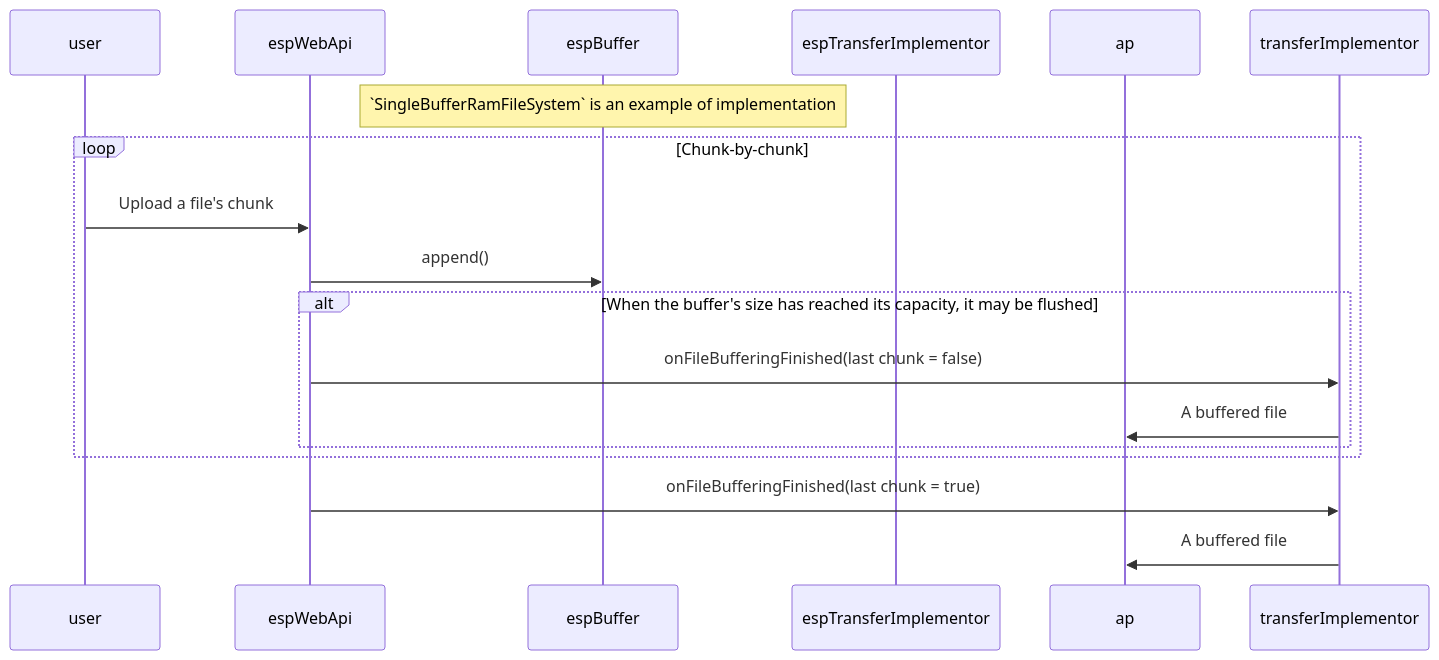
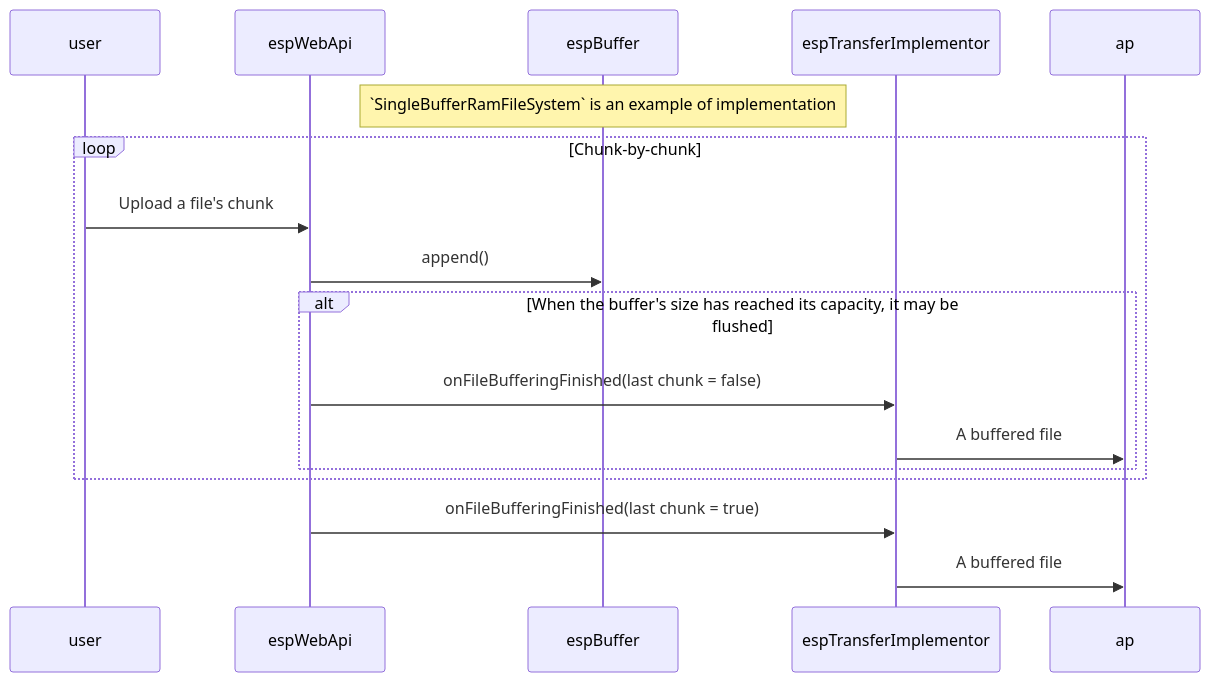
Before and after one commit to geoscan/Esp32Cam: the diagram in components/buffered_file_transfer/README.md, drawn with Mermaid.

Commit message:
[buffered_file_transfer:README] Ref | Diagram, entity naming

````diff
--- a/components/buffered_file_transfer/README.md
+++ b/components/buffered_file_transfer/README.md
@@ -31,23 +31,23 @@
 ```mermaid
 sequenceDiagram
     participant user
     participant espWebApi
     participant espBuffer
     participant espTransferImplementor
     participant ap
 
     note over espBuffer: `SingleBufferRamFileSystem` is an example of implementation
 
     loop Chunk-by-chunk
         user->>espWebApi: Upload a file's chunk
         espWebApi->>espBuffer: append()
 
 	alt When the buffer's size has reached its capacity, it may be flushed
-		    espWebApi->>transferImplementor: onFileBufferingFinished(last chunk = false)
-		    transferImplementor->>ap: A buffered file
+		    espWebApi->>espTransferImplementor: onFileBufferingFinished(last chunk = false)
+		    espTransferImplementor->>ap: A buffered file
 	end
     end
 
-    espWebApi->>transferImplementor: onFileBufferingFinished(last chunk = true)
-    transferImplementor->>ap: A buffered file
+    espWebApi->>espTransferImplementor: onFileBufferingFinished(last chunk = true)
+    espTransferImplementor->>ap: A buffered file
 ```
````
